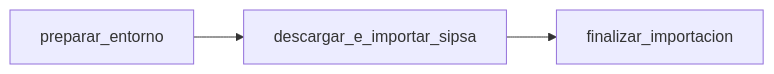
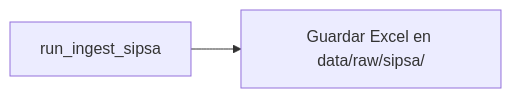
One commit to jjvallej/enigma_pyImport changed the second of 3 diagrams in 1.3.1.2 DOCUMENTACION_DAGS.md. Above: the diagram before and after it, drawn with Mermaid. The commit also changed other lines of this file and 54 other files, not shown here.

````diff
--- a/1.3.1.2 DOCUMENTACION_DAGS.md
+++ b/1.3.1.2 DOCUMENTACION_DAGS.md
@@ -107,5 +130,4 @@
-```mermaid
-graph LR
-    A["preparar_entorno"] --> B["descargar_e_importar_sipsa"]
-    B --> C["finalizar_importacion"]
-```
+  ```mermaid
+  graph LR
+      A["run_ingest_sipsa"] --> B["Guardar Excel en data/raw/sipsa/"]
+  ```
````
